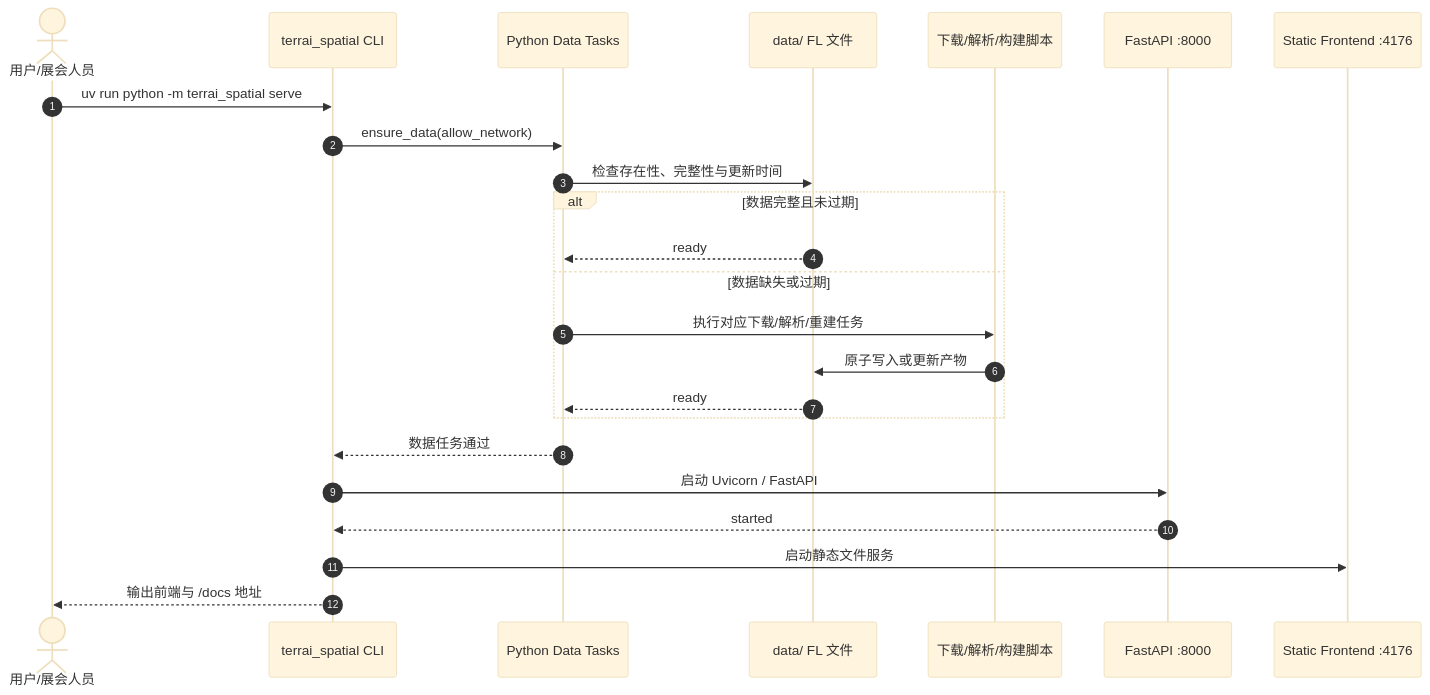
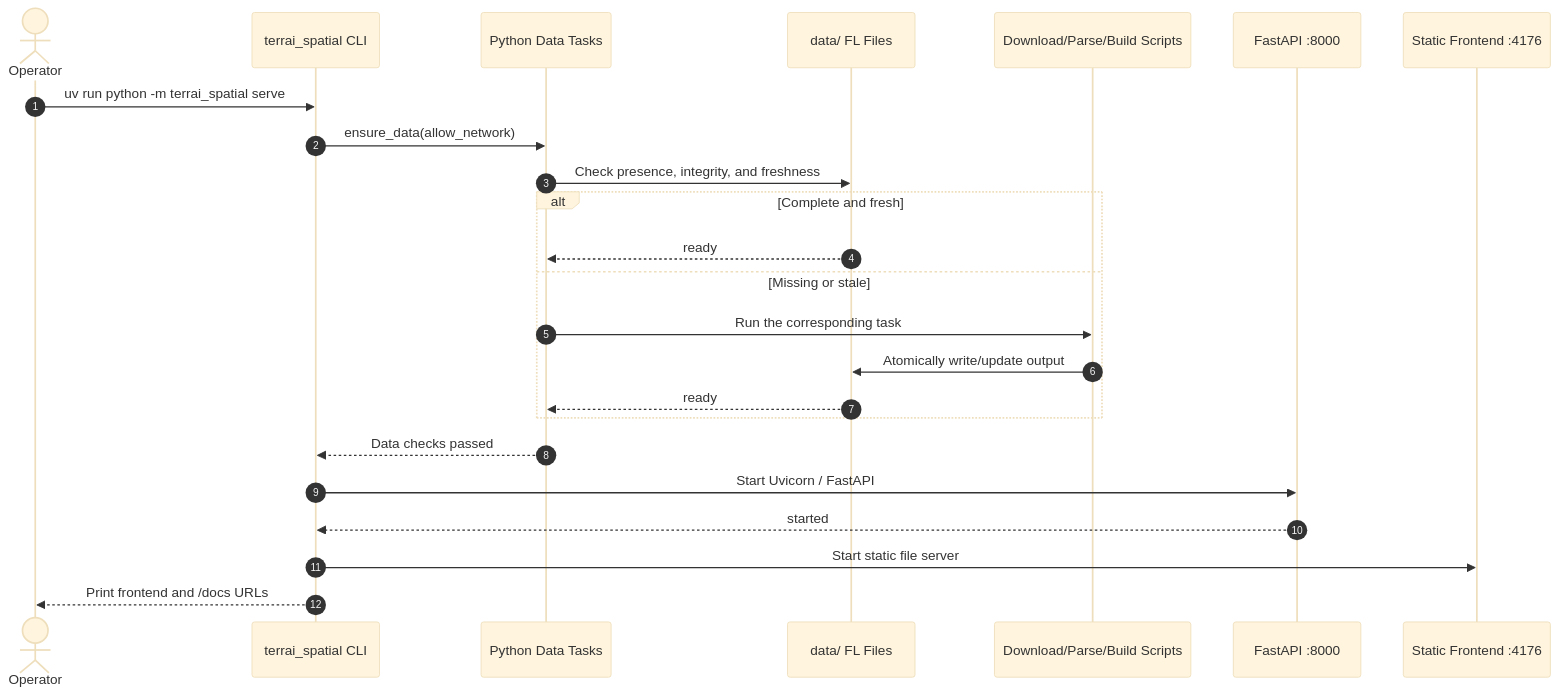
The first of 3 diagrams in docs/architecture/FRONTEND_BACKEND.md (TsumiNa/terrai-spatial-intelligence), drawn with Mermaid (base theme) before and after one commit. The commit also changed other lines of this file and 88 other files, not shown here.

````diff
--- a/docs/architecture/FRONTEND_BACKEND.md
+++ b/docs/architecture/FRONTEND_BACKEND.md
@@ -38,27 +38,27 @@
 ```mermaid
 sequenceDiagram
     autonumber
-    actor Operator as 用户/展会人员
+    actor Operator
     participant CLI as terrai_spatial CLI
     participant Tasks as Python Data Tasks
-    participant Files as data/ FL 文件
-    participant Scripts as 下载/解析/构建脚本
+    participant Files as data/ FL Files
+    participant Scripts as Download/Parse/Build Scripts
     participant API as FastAPI :8000
     participant Web as Static Frontend :4176
 
     Operator->>CLI: uv run python -m terrai_spatial serve
     CLI->>Tasks: ensure_data(allow_network)
-    Tasks->>Files: 检查存在性、完整性与更新时间
-    alt 数据完整且未过期
+    Tasks->>Files: Check presence, integrity, and freshness
+    alt Complete and fresh
         Files-->>Tasks: ready
-    else 数据缺失或过期
-        Tasks->>Scripts: 执行对应下载/解析/重建任务
-        Scripts->>Files: 原子写入或更新产物
+    else Missing or stale
+        Tasks->>Scripts: Run the corresponding task
+        Scripts->>Files: Atomically write/update output
         Files-->>Tasks: ready
     end
-    Tasks-->>CLI: 数据任务通过
-    CLI->>API: 启动 Uvicorn / FastAPI
+    Tasks-->>CLI: Data checks passed
+    CLI->>API: Start Uvicorn / FastAPI
     API-->>CLI: started
-    CLI->>Web: 启动静态文件服务
-    CLI-->>Operator: 输出前端与 /docs 地址
+    CLI->>Web: Start static file server
+    CLI-->>Operator: Print frontend and /docs URLs
 ```
````
